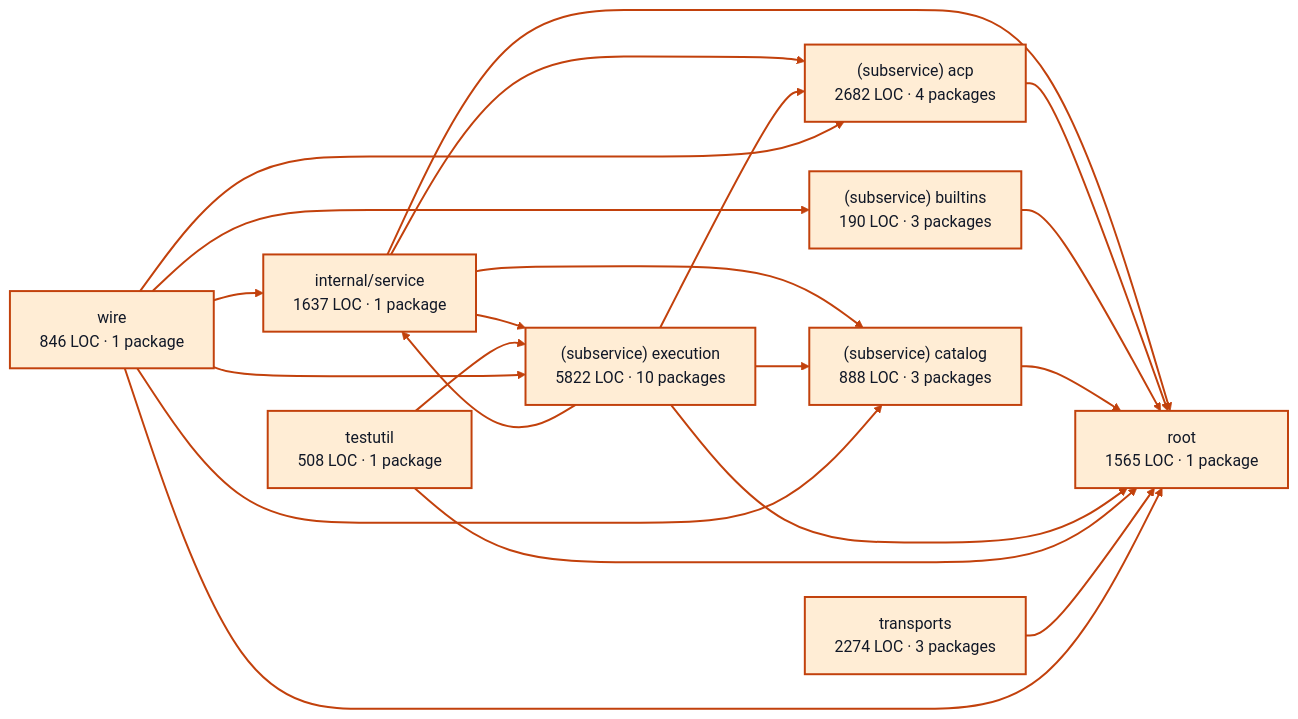
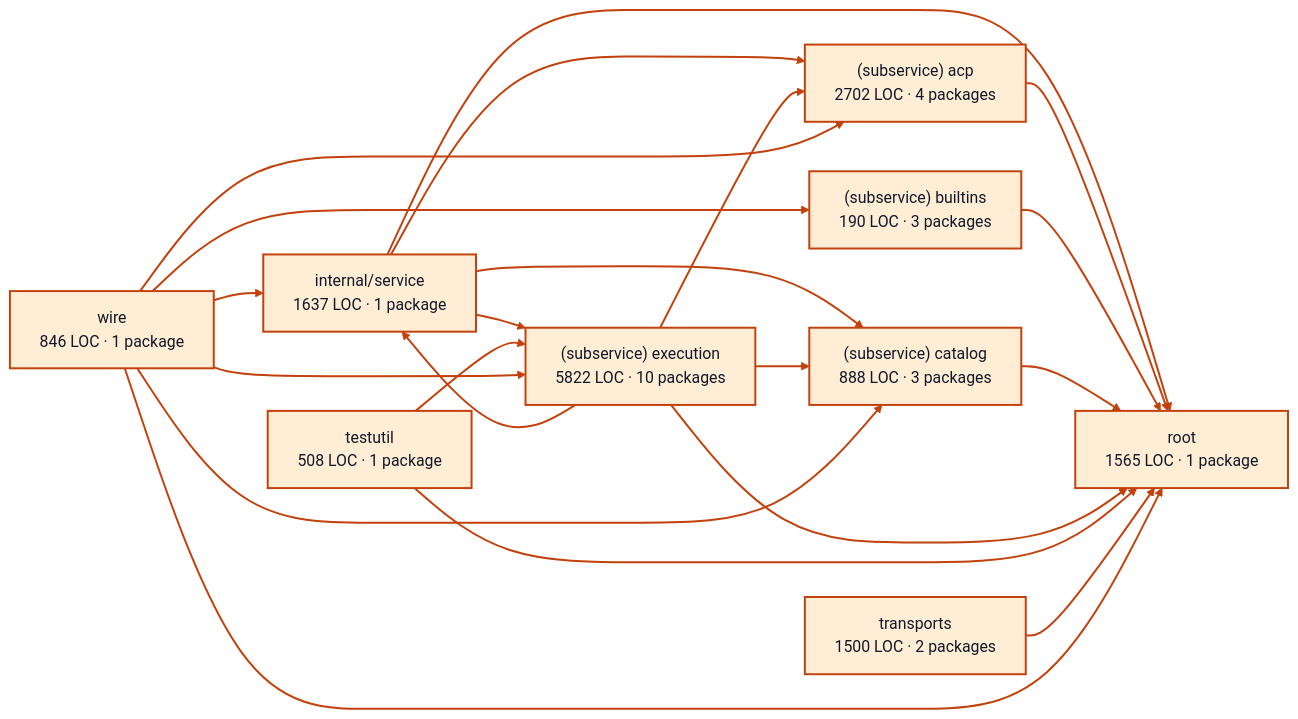
One commit to portpowered/you-agent-factory changed the diagram in docs/architecture/visualizations/services/providers.md. Above: the diagram before and after it, drawn with Mermaid. The commit also changed other lines of this file and 20 other files, not shown here.

Commit message:
docs: refresh backend architecture visualizations

````diff
--- a/docs/architecture/visualizations/services/providers.md
+++ b/docs/architecture/visualizations/services/providers.md
@@ -11,42 +11,42 @@
 ```mermaid
 flowchart LR
   p0["internal/service<br/>1637 LOC · 1 package"]
-  p1["(subservice) acp<br/>2682 LOC · 4 packages"]
+  p1["(subservice) acp<br/>2702 LOC · 4 packages"]
   p2["(subservice) builtins<br/>190 LOC · 3 packages"]
   p3["(subservice) catalog<br/>888 LOC · 3 packages"]
   p4["(subservice) execution<br/>5822 LOC · 10 packages"]
   p5["testutil<br/>508 LOC · 1 package"]
   p6["root<br/>1565 LOC · 1 package"]
-  p7["transports<br/>2274 LOC · 3 packages"]
+  p7["transports<br/>1500 LOC · 2 packages"]
   p8["wire<br/>846 LOC · 1 package"]
   p0 --> p1
   p0 --> p3
   p0 --> p4
   p0 --> p6
   p1 --> p6
   p2 --> p6
   p3 --> p6
   p4 --> p0
   p4 --> p1
   p4 --> p3
   p4 --> p6
   p5 --> p4
   p5 --> p6
   p7 --> p6
   p8 --> p0
   p8 --> p1
   p8 --> p2
   p8 --> p3
   p8 --> p4
   p8 --> p6
   style p0 fill:#ffedd5,stroke:#c2410c,stroke-width:2px,color:#111827
   style p1 fill:#ffedd5,stroke:#c2410c,stroke-width:2px,color:#111827
   style p2 fill:#ffedd5,stroke:#c2410c,stroke-width:2px,color:#111827
   style p3 fill:#ffedd5,stroke:#c2410c,stroke-width:2px,color:#111827
   style p4 fill:#ffedd5,stroke:#c2410c,stroke-width:2px,color:#111827
   style p5 fill:#ffedd5,stroke:#c2410c,stroke-width:2px,color:#111827
   style p6 fill:#ffedd5,stroke:#c2410c,stroke-width:2px,color:#111827
   style p7 fill:#ffedd5,stroke:#c2410c,stroke-width:2px,color:#111827
   style p8 fill:#ffedd5,stroke:#c2410c,stroke-width:2px,color:#111827
   linkStyle default stroke:#c2410c,stroke-width:2px
 ```
````
